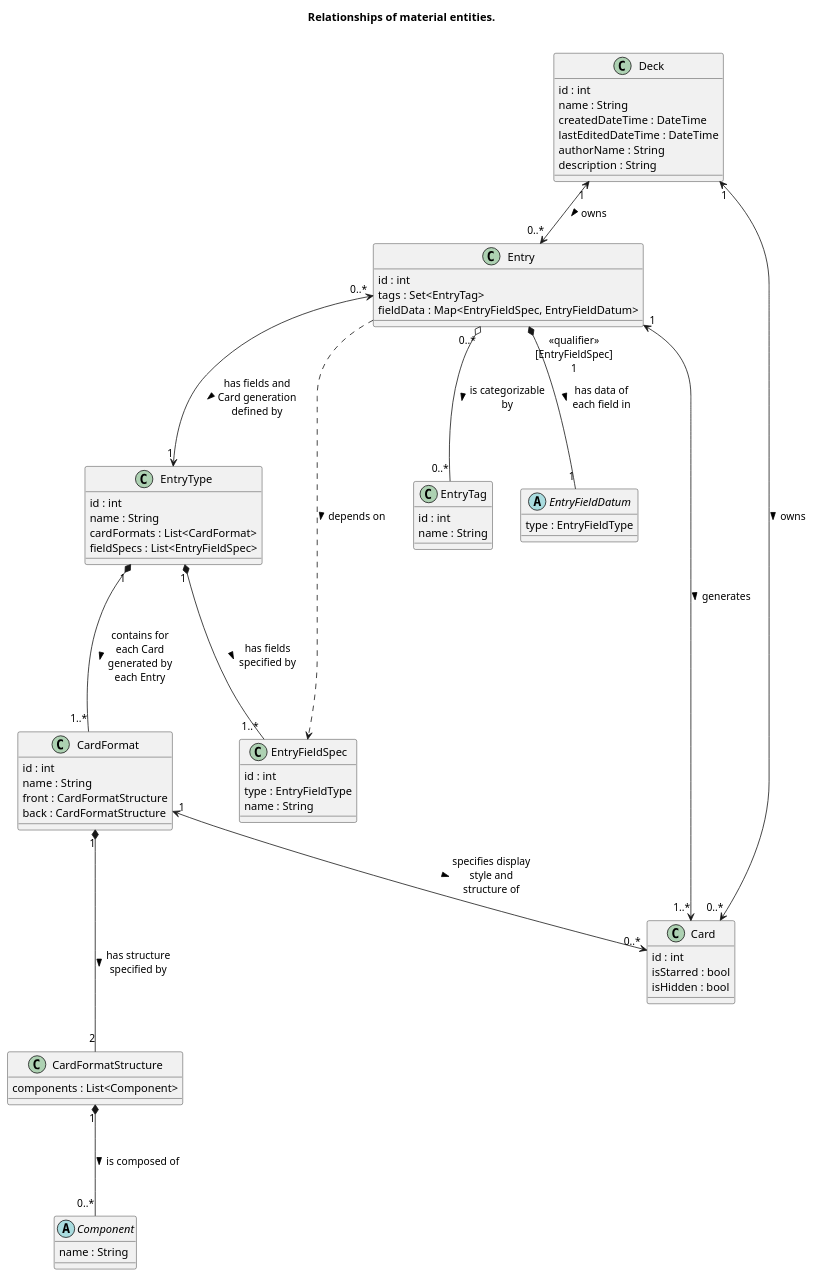
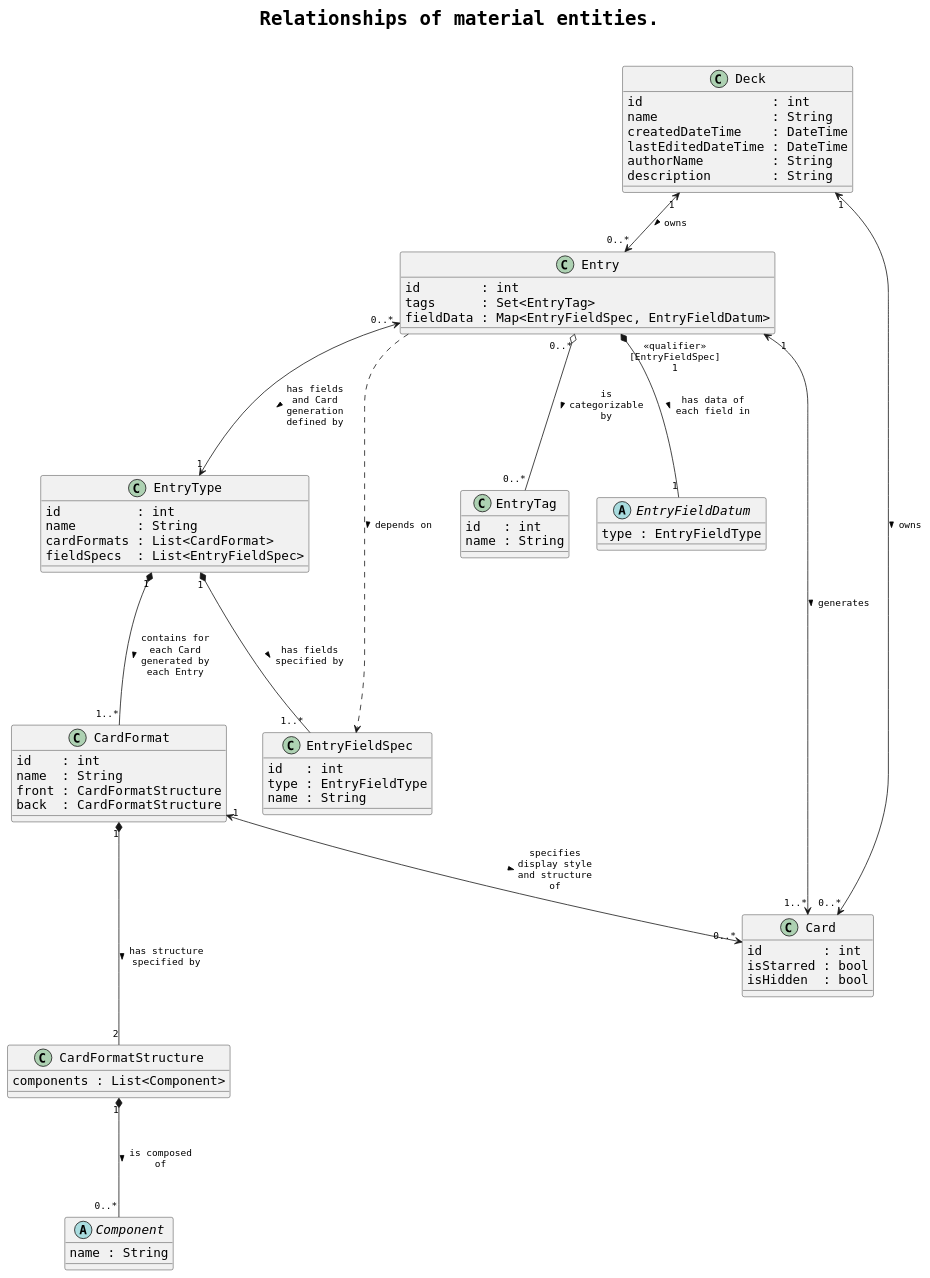
One commit to cervonwong/sona-flutter changed the diagram in puml/material_entities.puml. Above: the diagram before and after it, drawn with PlantUML.

Commit message:
Docs(puml): Style diagram

```diff
--- a/puml/material_entities.puml
+++ b/puml/material_entities.puml
@@ -1,72 +1,77 @@
 @startuml
 
 skinparam maxMessageSize 100
 skinparam shadowing false
+skinparam defaultFontName monospaced
+skinparam defaultFontSize 16
+skinparam arrowFontSize 12
+skinparam titleFontSize 24
+skinparam titleFontStyle bold
 
 title Relationships of material entities.\n
 
 class Card {
-	id : int
+	id        : int
 	isStarred : bool
-	isHidden : bool
+	isHidden  : bool
 }
 class Entry {
-	id : int
-	tags : Set<EntryTag>
+	id        : int
+	tags      : Set<EntryTag>
 	fieldData : Map<EntryFieldSpec, EntryFieldDatum>
 }
 class Deck {
-	id : int
-	name : String
-	createdDateTime : DateTime
+	id                 : int
+	name               : String
+	createdDateTime    : DateTime
 	lastEditedDateTime : DateTime
-	authorName : String
-	description : String
+	authorName         : String
+	description        : String
 }
 
 Deck "1" <--> "0..*" Entry : owns >
 Entry "1" <--> "1..*" Card : generates >
 Deck "1" <--> "0..*" Card : owns >
 
 class EntryTag {
-	id : int
+	id   : int
 	name : String
 }
 abstract class EntryFieldDatum {
 	type : EntryFieldType
 }
 class EntryType {
-	id : int
-	name : String
+	id          : int
+	name        : String
 	cardFormats : List<CardFormat>
-	fieldSpecs : List<EntryFieldSpec>
+	fieldSpecs  : List<EntryFieldSpec>
 }
 class EntryFieldSpec {
-	id : int
+	id   : int
 	type : EntryFieldType
 	name : String
 }
 class CardFormat {
-	id : int
-	name : String
+	id    : int
+	name  : String
 	front : CardFormatStructure
-	back : CardFormatStructure
+	back  : CardFormatStructure
 }
 class CardFormatStructure {
 	components : List<Component>
 }
 abstract class Component {
 	name : String
 }
 
 Entry "0..*" o--- "0..*" EntryTag : is categorizable by >
 Entry "<<qualifier>>\n[EntryFieldSpec]\n1" *--- "1" EntryFieldDatum : has data of each field in >
 Entry ..> EntryFieldSpec : depends on >
 Entry "0..*" <---> "1" EntryType : has fields and Card generation defined by >
 EntryType "1" *--- "1..*" CardFormat : contains for each Card generated by each Entry >
 CardFormat "1" <--> "0..*" Card : specifies display style and structure of >
 EntryType "1" *--- "1..*" EntryFieldSpec : has fields specified by >
 CardFormat "1" *--- "2" CardFormatStructure : has structure specified by >
 CardFormatStructure "1" *--- "0..*" Component : is composed of >
 
 @enduml
```
